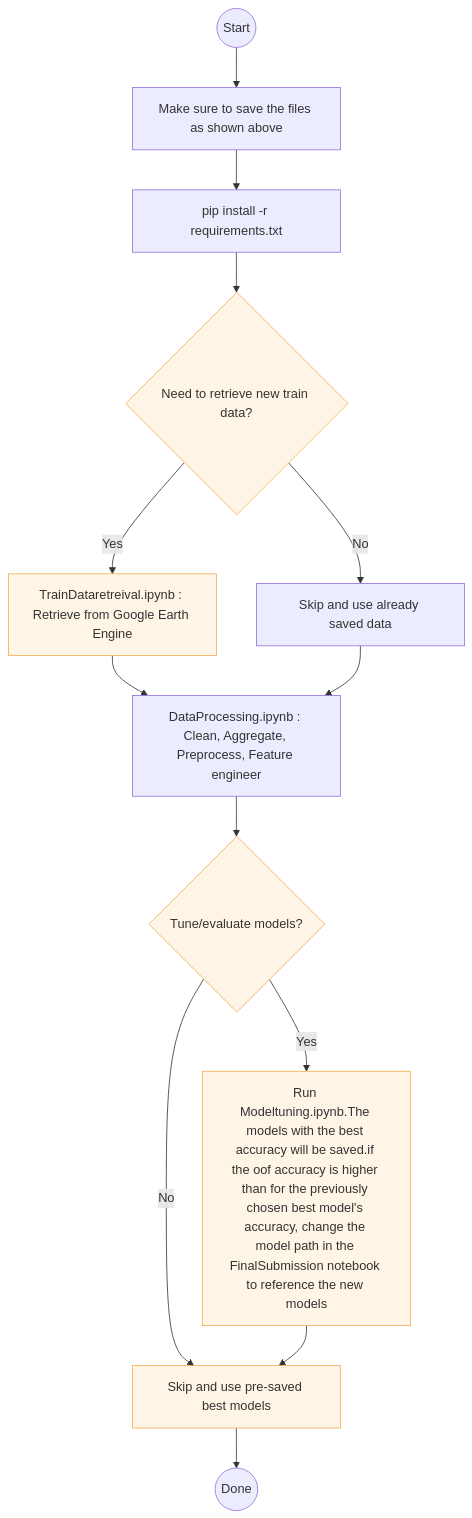
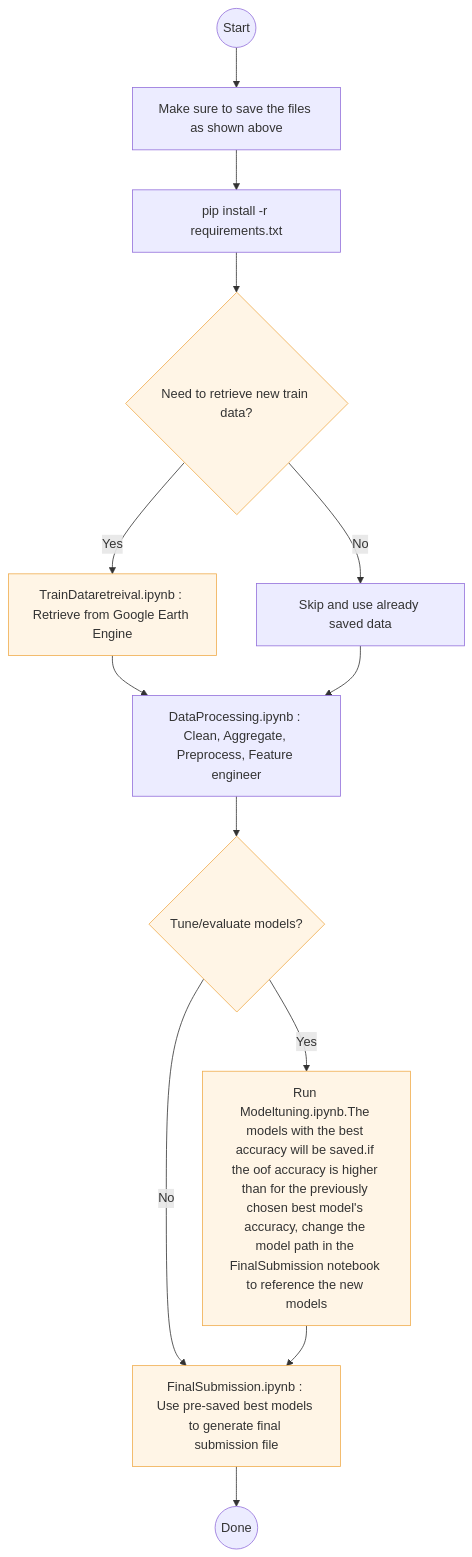
The diagram in README.md (Julie-Montague/GEO_CROPMAPPING_CHALLENGE), drawn with Mermaid before and after one commit.

````diff
--- a/README.md
+++ b/README.md
@@ -79,29 +79,29 @@
 ```mermaid
 flowchart TD
     %% Workflow for training & submission
 
     A((Start)) --> B[Make sure to save the files as shown above]
     B --> C[pip install -r requirements.txt]
 
     %% Optional: data retrieval
     C --> D{Need to retrieve new train data?}
     D -- Yes --> E[TrainDataretreival.ipynb : Retrieve from Google Earth Engine ]
     D -- No  --> F[Skip and use already saved data]
 
     %% Processing
     E --> G[DataProcessing.ipynb : Clean, Aggregate, Preprocess, Feature engineer]
     F --> G
 
     %% Optional: model tuning
     G --> H{Tune/evaluate models?}
     H -- Yes --> I[Run Modeltuning.ipynb.The models with the best accuracy will be saved.if the oof accuracy is higher than for the previously chosen best model's accuracy, change the model path in the FinalSubmission notebook to reference the new models]
-    H -- No  --> J[Skip and use pre-saved best models]
+    H -- No  --> J[FinalSubmission.ipynb : Use pre-saved best models to generate final submission file]
 
     %% Final submission
     I --> J
     J --> K((Done))
 
     %% Styling (optional)
     classDef optional fill:#fff5e6,stroke:#f0ad4e,stroke-width:1px;
     class D,E,H,I,J optional;
 ```
````
